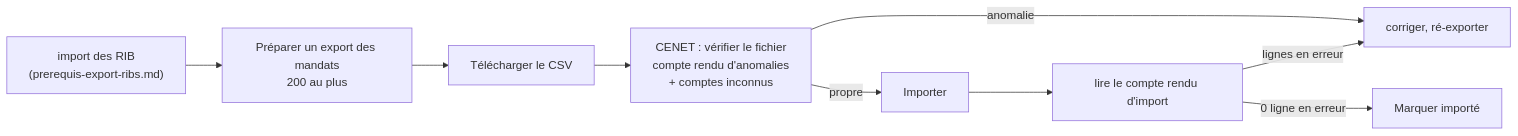
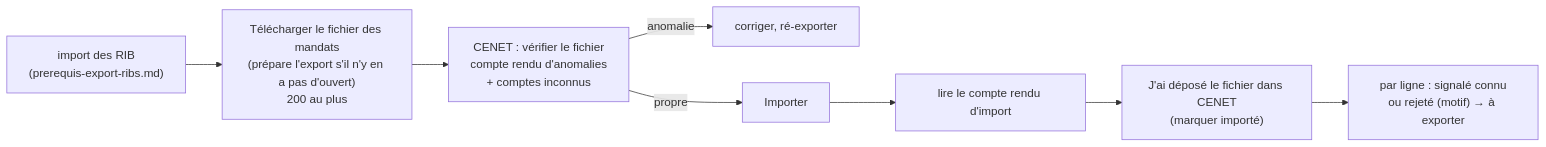
The diagram in documentation/comptabilite/prelevement/prerequis-export-mandats.md (hugoheynard/lfd), drawn with Mermaid before and after one commit. The commit also changed other lines of this file and 79 other files, not shown here.

First line of the commit message:
feat(prélèvement): télécharger d'un clic, puis corriger ligne à ligne d'après le compte rendu CENET

````diff
--- a/documentation/comptabilite/prelevement/prerequis-export-mandats.md
+++ b/documentation/comptabilite/prelevement/prerequis-export-mandats.md
@@ -26,11 +26,10 @@
 ```mermaid
 flowchart LR
-  R["import des RIB<br/>(prerequis-export-ribs.md)"] --> P["Préparer un export des mandats<br/>200 au plus"]
-  P --> F["Télécharger le CSV"]
+  R["import des RIB<br/>(prerequis-export-ribs.md)"] --> F["Télécharger le fichier des mandats<br/>(prépare l'export s'il n'y en a pas d'ouvert)<br/>200 au plus"]
   F --> V["CENET : vérifier le fichier<br/>compte rendu d'anomalies<br/>+ comptes inconnus"]
   V -->|anomalie| C["corriger, ré-exporter"]
   V -->|propre| I["Importer"]
   I --> CR["lire le compte rendu d'import"]
-  CR -->|0 ligne en erreur| M["Marquer importé"]
-  CR -->|lignes en erreur| C
+  CR --> M["J'ai déposé le fichier dans CENET<br/>(marquer importé)"]
+  M --> L["par ligne : signalé connu<br/>ou rejeté (motif) → à exporter"]
 ```
````
